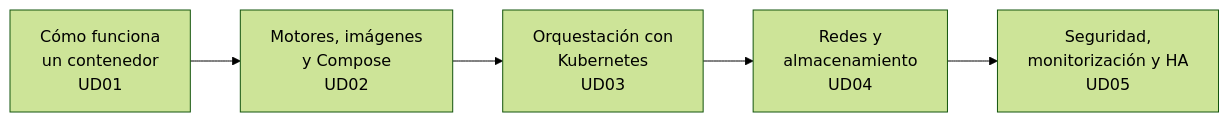
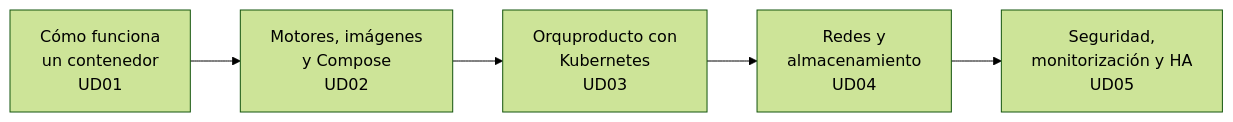
Before and after one commit to LorenaLResusta/Despliegue-Contenedores: the diagram in content.es/_index.md, drawn with Mermaid (forest theme). The commit also changed other lines of this file and 40 other files, not shown here.

````diff
--- a/content.es/_index.md
+++ b/content.es/_index.md
@@ -27,7 +27,7 @@
 ```mermaid
 flowchart LR
     A[Cómo funciona<br/>un contenedor<br/>UD01] --> B[Motores, imágenes<br/>y Compose<br/>UD02]
-    B --> C[Orquestación con<br/>Kubernetes<br/>UD03]
+    B --> C[Orquproducto con<br/>Kubernetes<br/>UD03]
     C --> D[Redes y<br/>almacenamiento<br/>UD04]
     D --> E[Seguridad,<br/>monitorización y HA<br/>UD05]
 ```
````
